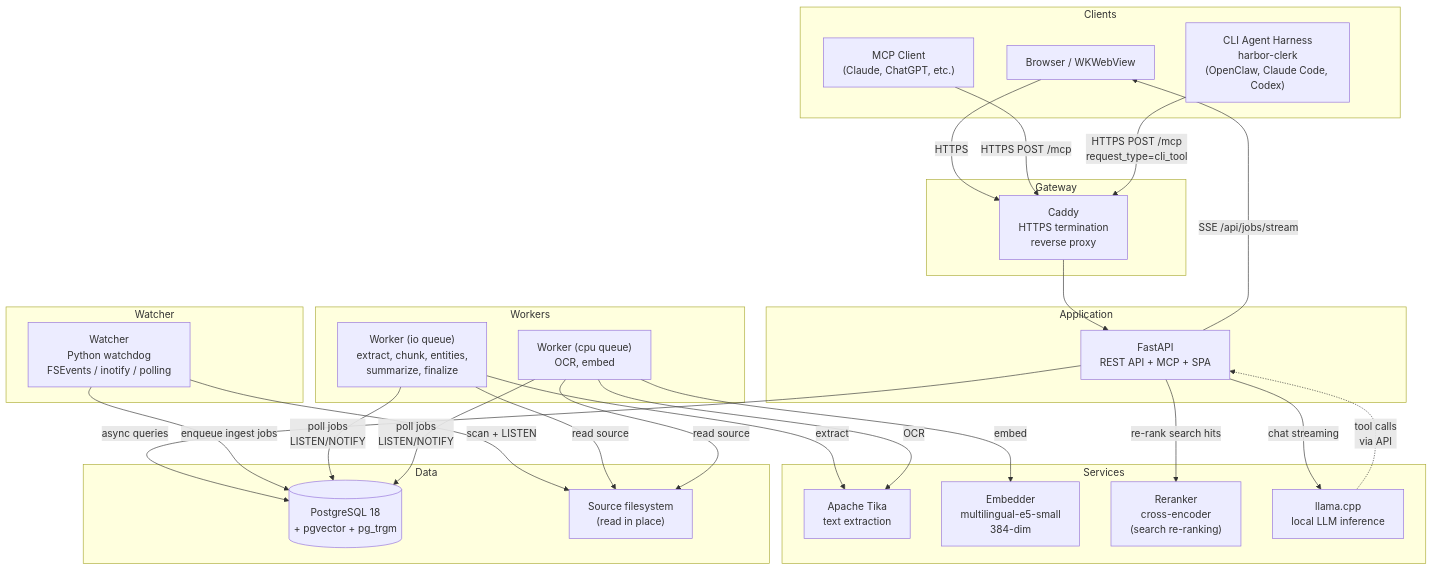
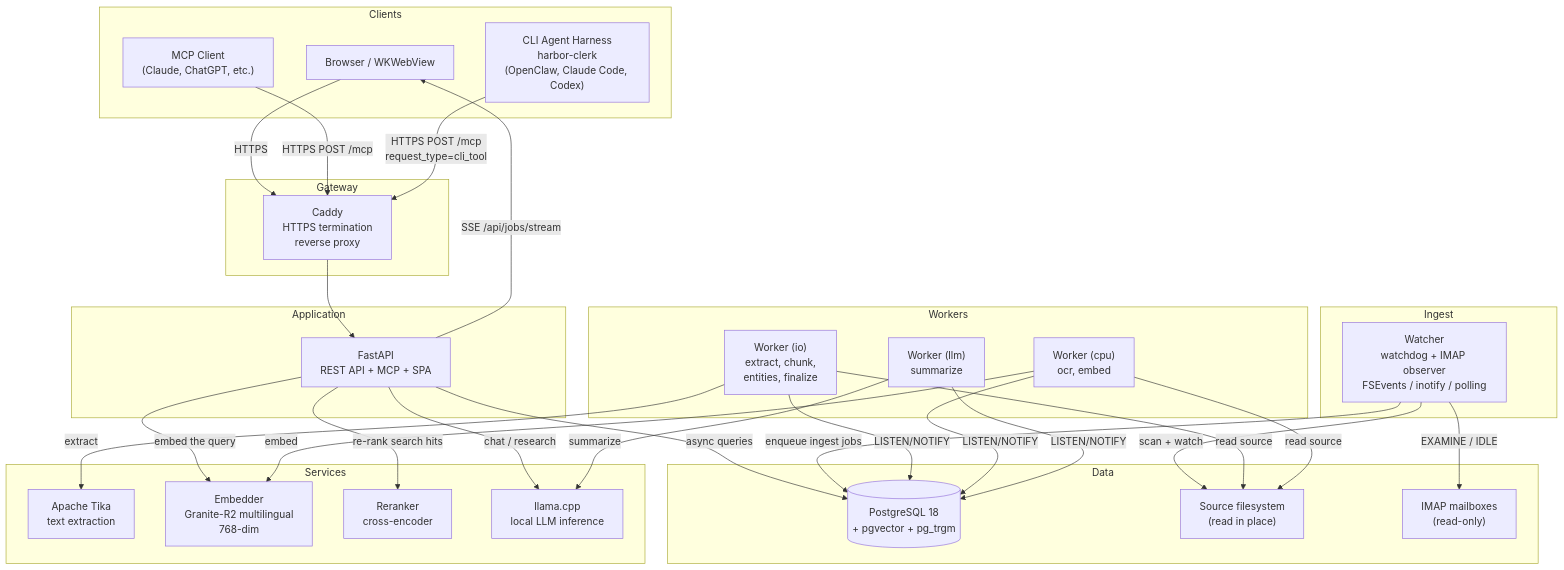
The first of 7 diagrams in docs/architecture.md (r0shi/harborclerk), drawn with Mermaid before and after one commit. The commit also changed other lines of this file, not shown here.

First line of the commit message:
docs: rewrite architecture.md, remove staleness banner

````diff
--- a/docs/architecture.md
+++ b/docs/architecture.md
@@ -24,60 +10,63 @@
 ```mermaid
 graph TB
     subgraph Clients
         browser["Browser / WKWebView"]
         mcp_client["MCP Client<br/>(Claude, ChatGPT, etc.)"]
         cli_agent["CLI Agent Harness<br/>harbor-clerk<br/>(OpenClaw, Claude Code, Codex)"]
     end
 
     subgraph Gateway
         caddy["Caddy<br/>HTTPS termination<br/>reverse proxy"]
     end
 
     subgraph Application
         api["FastAPI<br/>REST API + MCP + SPA"]
     end
 
-    subgraph Watcher
-        watcher["Watcher<br/>Python watchdog<br/>FSEvents / inotify / polling"]
+    subgraph Ingest
+        watcher["Watcher<br/>watchdog + IMAP observer<br/>FSEvents / inotify / polling"]
     end
 
     subgraph Workers
-        wio["Worker (io queue)<br/>extract, chunk, entities,<br/>summarize, finalize"]
-        wcpu["Worker (cpu queue)<br/>OCR, embed"]
+        wio["Worker (io)<br/>extract, chunk,<br/>entities, finalize"]
+        wcpu["Worker (cpu)<br/>ocr, embed"]
+        wllm["Worker (llm)<br/>summarize"]
     end
 
     subgraph Data
         pg[("PostgreSQL 18<br/>+ pgvector + pg_trgm")]
         fs["Source filesystem<br/>(read in place)"]
+        imap["IMAP mailboxes<br/>(read-only)"]
     end
 
     subgraph Services
         tika["Apache Tika<br/>text extraction"]
-        embedder["Embedder<br/>multilingual-e5-small<br/>384-dim"]
-        reranker["Reranker<br/>cross-encoder<br/>(search re-ranking)"]
+        embedder["Embedder<br/>Granite-R2 multilingual<br/>768-dim"]
+        reranker["Reranker<br/>cross-encoder"]
         llama["llama.cpp<br/>local LLM inference"]
     end
 
     browser -- "HTTPS" --> caddy
     mcp_client -- "HTTPS POST /mcp" --> caddy
     cli_agent -- "HTTPS POST /mcp<br/>request_type=cli_tool" --> caddy
     caddy --> api
 
     api -- "async queries" --> pg
-    api -- "chat streaming" --> llama
+    api -- "embed the query" --> embedder
     api -- "re-rank search hits" --> reranker
+    api -- "chat / research" --> llama
     api -- "SSE /api/jobs/stream" --> browser
 
-    watcher -- "scan + LISTEN" --> fs
+    watcher -- "scan + watch" --> fs
+    watcher -- "EXAMINE / IDLE" --> imap
     watcher -- "enqueue ingest jobs" --> pg
 
-    wio -- "poll jobs<br/>LISTEN/NOTIFY" --> pg
-    wcpu -- "poll jobs<br/>LISTEN/NOTIFY" --> pg
+    wio -- "LISTEN/NOTIFY" --> pg
+    wcpu -- "LISTEN/NOTIFY" --> pg
+    wllm -- "LISTEN/NOTIFY" --> pg
+    wio -- "extract" --> tika
     wio -- "read source" --> fs
     wcpu -- "read source" --> fs
-    wio -- "extract" --> tika
-    wcpu -- "OCR" --> tika
     wcpu -- "embed" --> embedder
-
-    llama -. "tool calls<br/>via API" .-> api
+    wllm -- "summarize" --> llama
 ```
````
